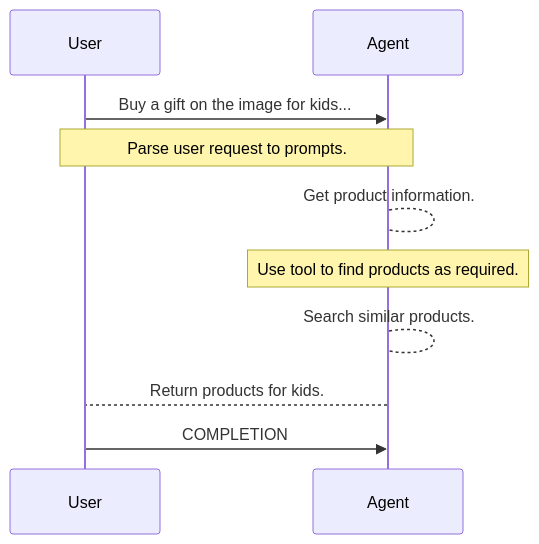
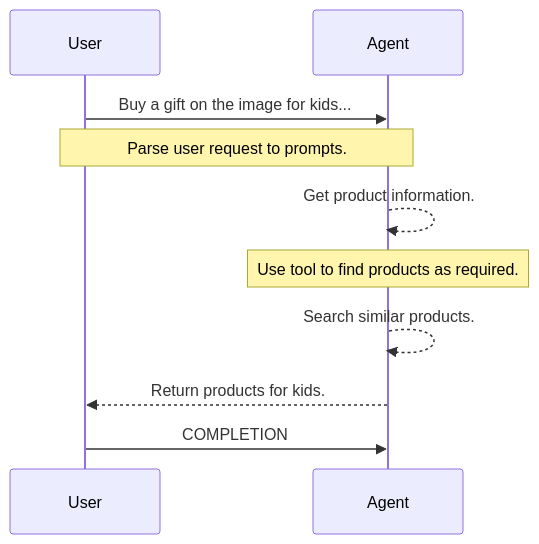
One commit to yueguoguo/yueguoguo.github.io changed the second of 4 diagrams in _posts/2024-11-31-service-as-a-software.md. Above: the diagram before and after it, drawn with Mermaid. The commit also changed other lines of this file, not shown here.

Commit message:
update diagram

```diff
--- a/_posts/2024-11-31-service-as-a-software.md
+++ b/_posts/2024-11-31-service-as-a-software.md
@@ -159,10 +159,10 @@
 <div class="mermaid">
 sequenceDiagram
     User->>Agent: Buy a gift on the image for kids...
     Note over User,Agent: Parse user request to prompts.
-    Agent-->Agent: Get product information.
+    Agent-->>Agent: Get product information.
     Note over Agent: Use tool to find products as required.
-    Agent-->Agent: Search similar products.
-    Agent-->User: Return products for kids.
+    Agent-->>Agent: Search similar products.
+    Agent-->>User: Return products for kids.
     User->>Agent: COMPLETION
 </div>
```
